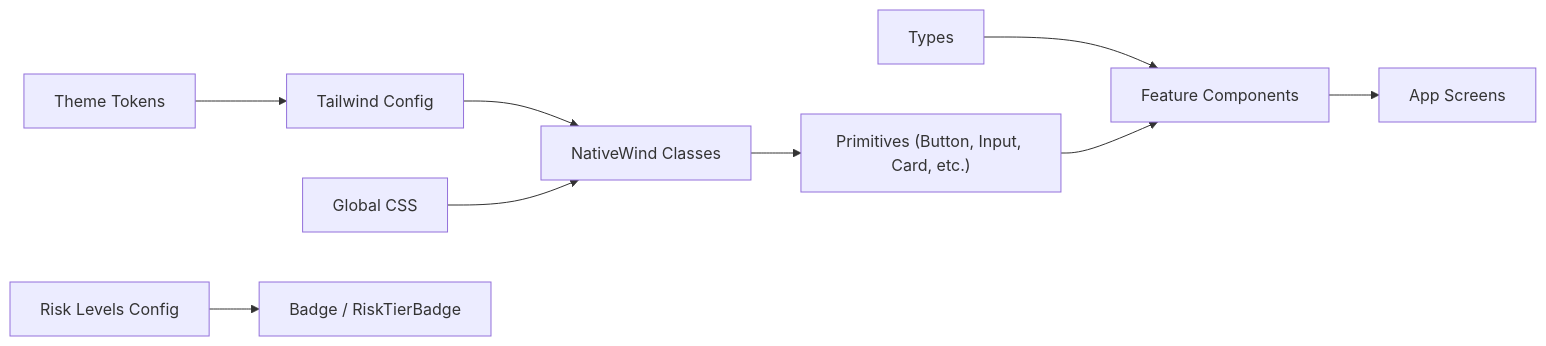
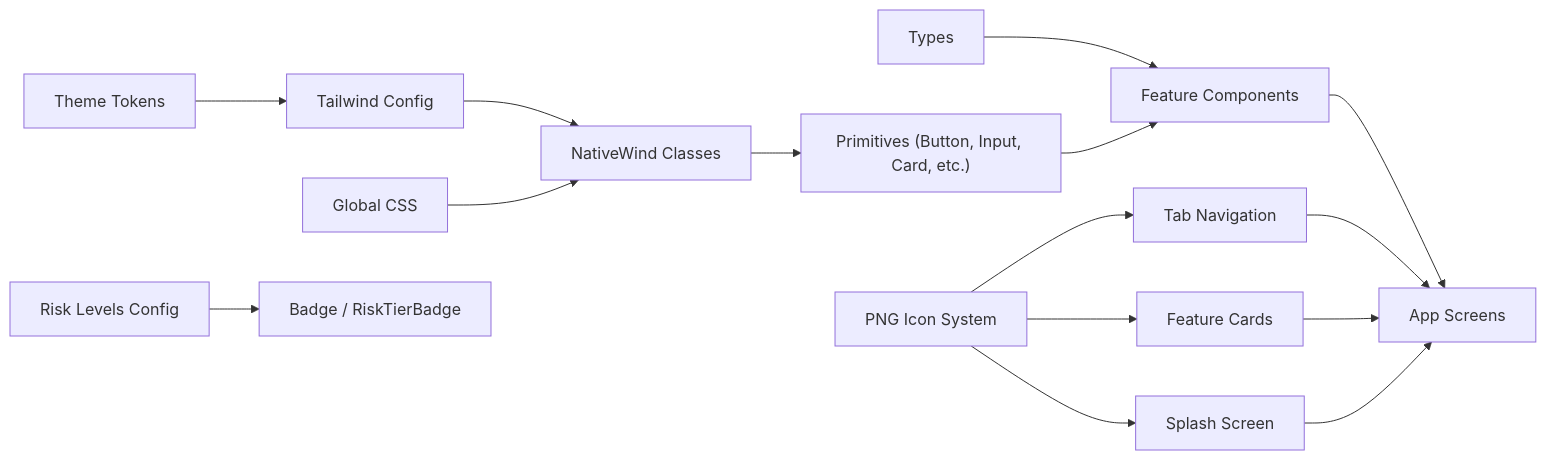
The second of 9 diagrams in .qoder/repowiki/en/content/UI Components Library/UI Components Library.md (AdeelTahir-SE/DermSight), drawn with Mermaid before and after one commit. The commit also changed other lines of this file and 33 other files, not shown here.

````diff
--- a/.qoder/repowiki/en/content/UI Components Library/UI Components Library.md
+++ b/.qoder/repowiki/en/content/UI Components Library/UI Components Library.md
@@ -164,11 +188,17 @@
 ```mermaid
 graph LR
 TW["Tailwind Config"] --> UI["NativeWind Classes"]
 GCSS["Global CSS"] --> UI
 TH["Theme Tokens"] --> TW
 RL["Risk Levels Config"] --> BADGE["Badge / RiskTierBadge"]
 TYP["Types"] --> FEAT["Feature Components"]
+ICON["PNG Icon System"] --> TAB["Tab Navigation"]
+ICON --> FEATURE["Feature Cards"]
+ICON --> SPLASH["Splash Screen"]
 UI --> PRIMS["Primitives (Button, Input, Card, etc.)"]
 PRIMS --> FEAT
 FEAT --> APP["App Screens"]
+TAB --> APP
+FEATURE --> APP
+SPLASH --> APP
 ```
````
